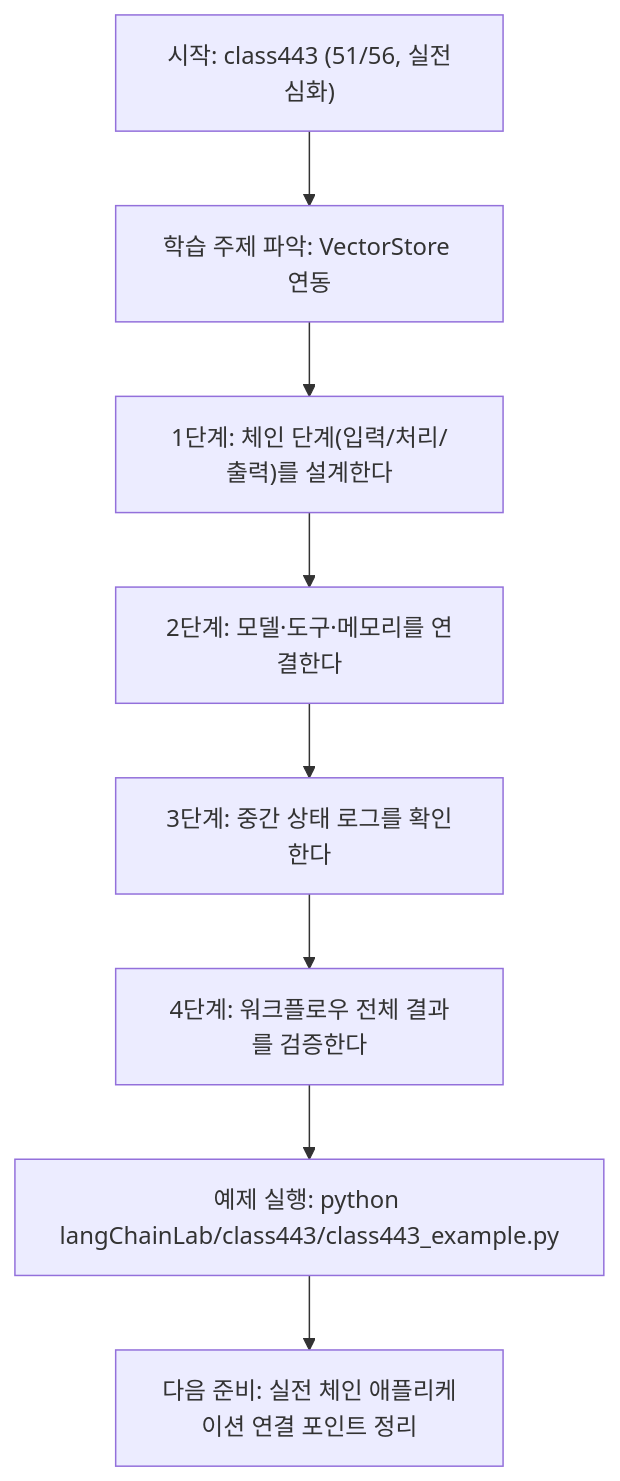
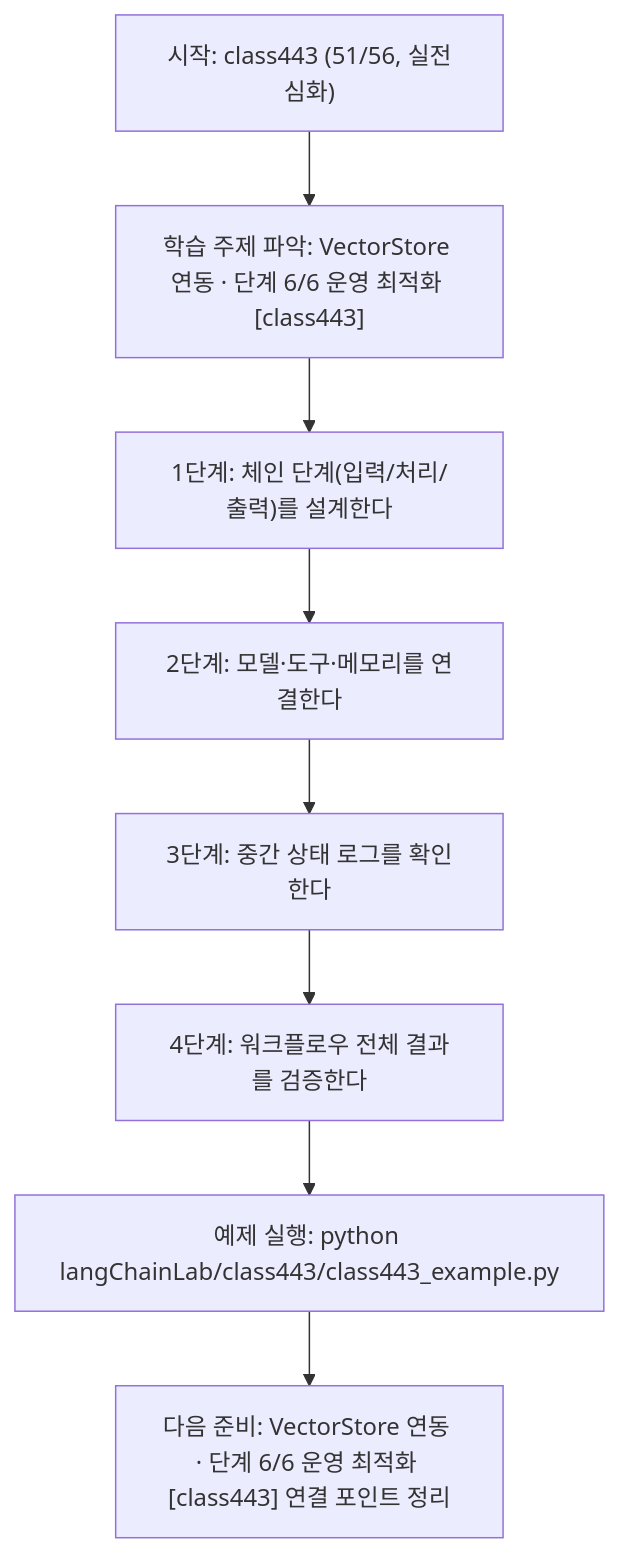
The diagram in langChainLab/class443/class443.md (edumgt/Python-AI_Agent-Class), drawn with Mermaid before and after one commit. The commit also changed other lines of this file and 522 other files, not shown here.

````diff
--- a/langChainLab/class443/class443.md
+++ b/langChainLab/class443/class443.md
@@ -108,18 +109,18 @@
 ```mermaid
 flowchart TD
 N1["시작: class443 (51/56, 실전심화)"]
-N2["학습 주제 파악: VectorStore 연동"]
+N2["학습 주제 파악: VectorStore 연동 · 단계 6/6 운영 최적화 [class443]"]
 N3["1단계: 체인 단계(입력/처리/출력)를 설계한다"]
 N4["2단계: 모델·도구·메모리를 연결한다"]
 N5["3단계: 중간 상태 로그를 확인한다"]
 N6["4단계: 워크플로우 전체 결과를 검증한다"]
 N7["예제 실행: python langChainLab/class443/class443_example.py"]
-N8["다음 준비: 실전 체인 애플리케이션 연결 포인트 정리"]
+N8["다음 준비: VectorStore 연동 · 단계 6/6 운영 최적화 [class443] 연결 포인트 정리"]
 N1 --> N2
 N2 --> N3
 N3 --> N4
 N4 --> N5
 N5 --> N6
 N6 --> N7
 N7 --> N8
 ```
````
